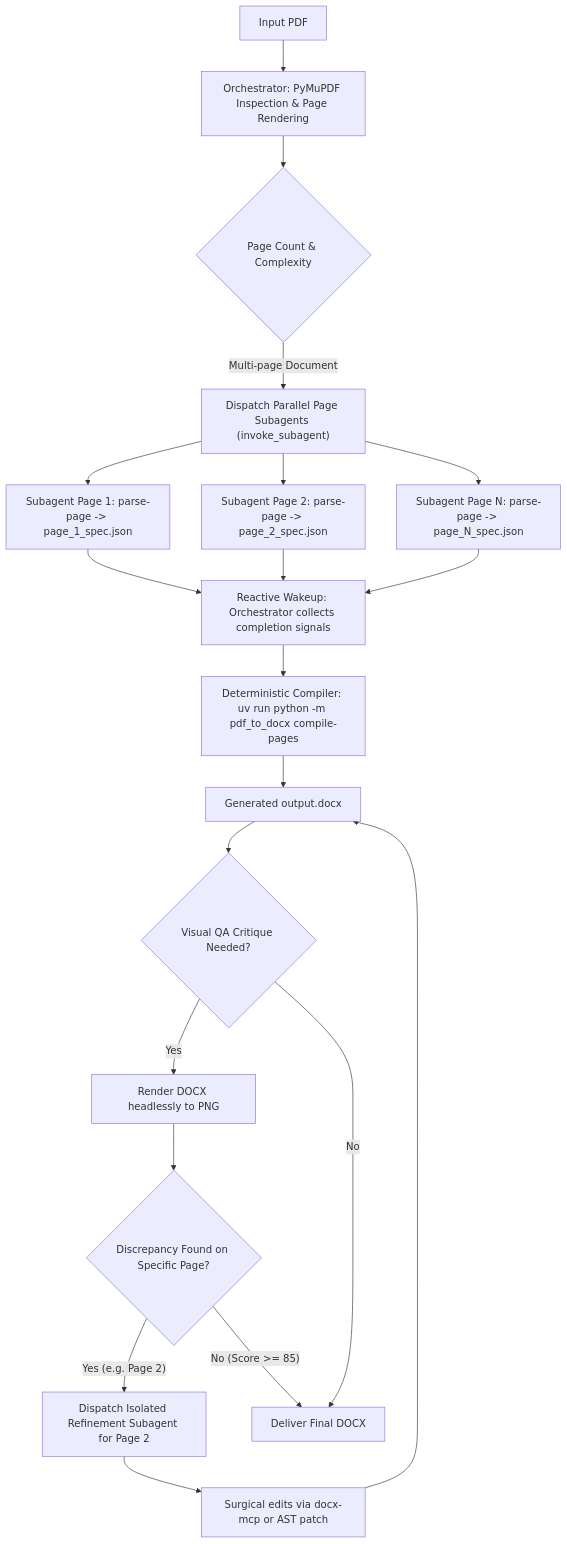
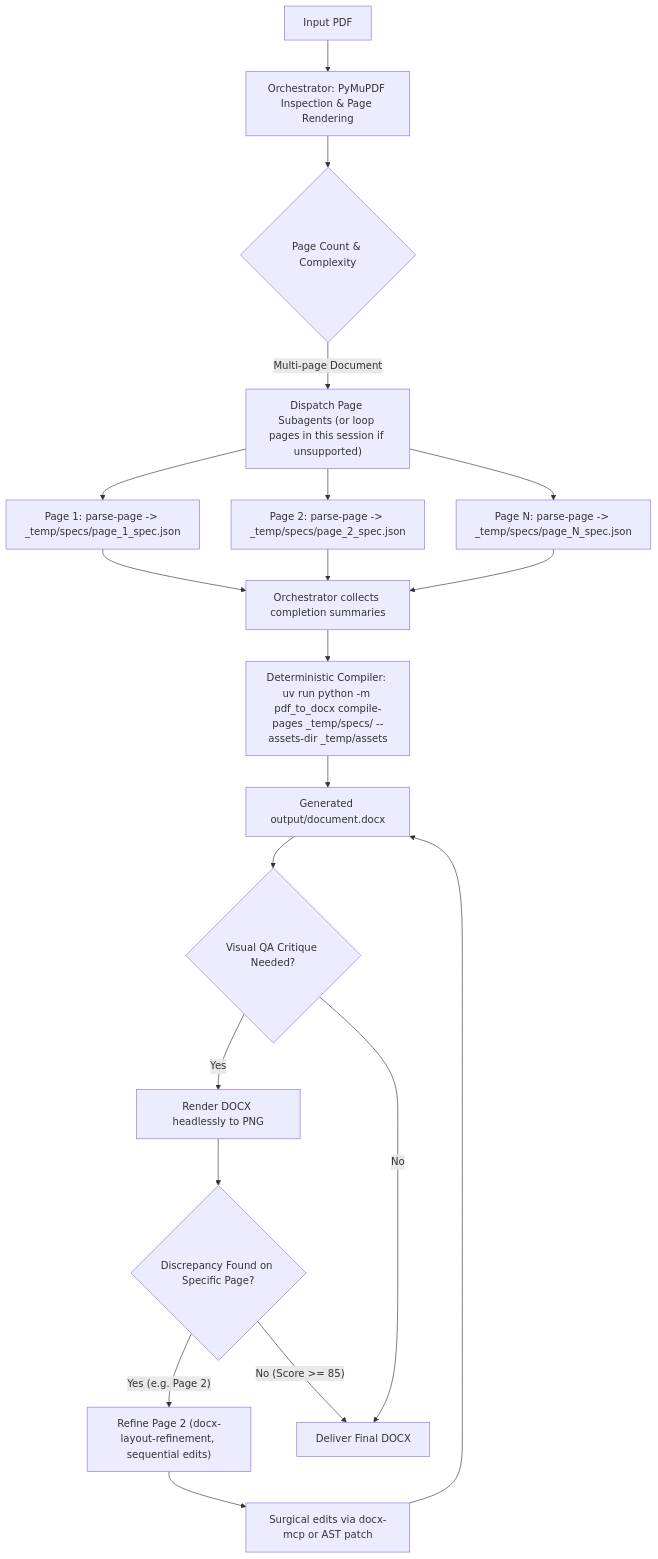
One commit to zbear0808/pdf-to-docx changed the diagram in .agents/skills/pdf-to-docx/references/workflow_playbook.md. Above: the diagram before and after it, drawn with Mermaid. The commit also changed other lines of this file and 23 other files, not shown here.

````diff
--- a/.agents/skills/pdf-to-docx/references/workflow_playbook.md
+++ b/.agents/skills/pdf-to-docx/references/workflow_playbook.md
@@ -19,26 +23,26 @@
 ```mermaid
 flowchart TD
     A["Input PDF"] --> B["Orchestrator: PyMuPDF Inspection & Page Rendering"]
     B --> C{"Page Count & Complexity"}
     
-    C -->|"Multi-page Document"| D["Dispatch Parallel Page Subagents (invoke_subagent)"]
-    D --> E1["Subagent Page 1: parse-page -> page_1_spec.json"]
-    D --> E2["Subagent Page 2: parse-page -> page_2_spec.json"]
-    D --> EN["Subagent Page N: parse-page -> page_N_spec.json"]
+    C -->|"Multi-page Document"| D["Dispatch Page Subagents (or loop pages in this session if unsupported)"]
+    D --> E1["Page 1: parse-page -> _temp/specs/page_1_spec.json"]
+    D --> E2["Page 2: parse-page -> _temp/specs/page_2_spec.json"]
+    D --> EN["Page N: parse-page -> _temp/specs/page_N_spec.json"]
     
-    E1 --> F["Reactive Wakeup: Orchestrator collects completion signals"]
+    E1 --> F["Orchestrator collects completion summaries"]
     E2 --> F
     EN --> F
     
-    F --> G["Deterministic Compiler: uv run python -m pdf_to_docx compile-pages"]
-    G --> H["Generated output.docx"]
+    F --> G["Deterministic Compiler: uv run python -m pdf_to_docx compile-pages _temp/specs/ --assets-dir _temp/assets"]
+    G --> H["Generated output/document.docx"]
     
     H --> I{"Visual QA Critique Needed?"}
     I -->|"Yes"| J["Render DOCX headlessly to PNG"]
     J --> K{"Discrepancy Found on Specific Page?"}
-    K -->|"Yes (e.g. Page 2)"| L["Dispatch Isolated Refinement Subagent for Page 2"]
+    K -->|"Yes (e.g. Page 2)"| L["Refine Page 2 (docx-layout-refinement, sequential edits)"]
     L --> M["Surgical edits via docx-mcp or AST patch"]
     M --> H
     K -->|"No (Score >= 85)"| N["Deliver Final DOCX"]
     I -->|"No"| N
 ```
````
